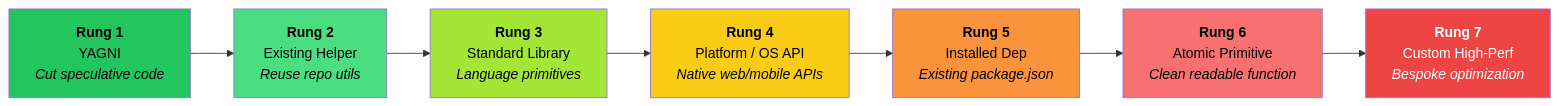
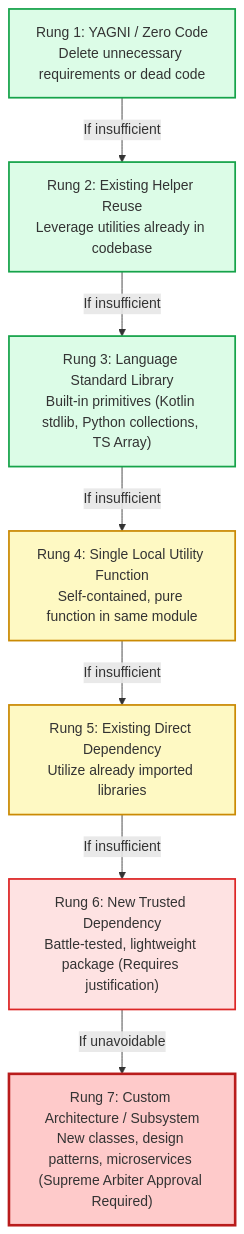
The fourth of 5 diagrams in README.md (sherifrad/multi-agent-collaborative-audit), drawn with Mermaid before and after one commit. The commit also changed other lines of this file and 24 other files, not shown here.

First line of the commit message:
feat(release): upgrade README with visual architecture, sequential E2E oracle, and telemetry

````diff
--- a/README.md
+++ b/README.md
@@ -75,18 +185,25 @@
 ```mermaid
-flowchart LR
-    R1["<b>Rung 1</b><br/>YAGNI<br/><i>Cut speculative code</i>"] -->
-    R2["<b>Rung 2</b><br/>Existing Helper<br/><i>Reuse repo utils</i>"] -->
-    R3["<b>Rung 3</b><br/>Standard Library<br/><i>Language primitives</i>"] -->
-    R4["<b>Rung 4</b><br/>Platform / OS API<br/><i>Native web/mobile APIs</i>"] -->
-    R5["<b>Rung 5</b><br/>Installed Dep<br/><i>Existing package.json</i>"] -->
-    R6["<b>Rung 6</b><br/>Atomic Primitive<br/><i>Clean readable function</i>"] -->
-    R7["<b>Rung 7</b><br/>Custom High-Perf<br/><i>Bespoke optimization</i>"]
+flowchart TD
+    R1["Rung 1: YAGNI / Zero Code<br/>Delete unnecessary requirements or dead code"]
+    R2["Rung 2: Existing Helper Reuse<br/>Leverage utilities already in codebase"]
+    R3["Rung 3: Language Standard Library<br/>Built-in primitives (Kotlin stdlib, Python collections, TS Array)"]
+    R4["Rung 4: Single Local Utility Function<br/>Self-contained, pure function in same module"]
+    R5["Rung 5: Existing Direct Dependency<br/>Utilize already imported libraries"]
+    R6["Rung 6: New Trusted Dependency<br/>Battle-tested, lightweight package (Requires justification)"]
+    R7["Rung 7: Custom Architecture / Subsystem<br/>New classes, design patterns, microservices (Supreme Arbiter Approval Required)"]
 
-    style R1 fill:#22c55e,color:#000
-    style R2 fill:#4ade80,color:#000
-    style R3 fill:#a3e635,color:#000
-    style R4 fill:#facc15,color:#000
-    style R5 fill:#fb923c,color:#000
-    style R6 fill:#f87171,color:#000
-    style R7 fill:#ef4444,color:#fff
+    R1 -->|If insufficient| R2
+    R2 -->|If insufficient| R3
+    R3 -->|If insufficient| R4
+    R4 -->|If insufficient| R5
+    R5 -->|If insufficient| R6
+    R6 -->|If unavoidable| R7
+
+    style R1 fill:#dcfce7,stroke:#16a34a,stroke-width:2px
+    style R2 fill:#dcfce7,stroke:#16a34a,stroke-width:2px
+    style R3 fill:#dcfce7,stroke:#16a34a,stroke-width:2px
+    style R4 fill:#fef9c3,stroke:#ca8a04,stroke-width:2px
+    style R5 fill:#fef9c3,stroke:#ca8a04,stroke-width:2px
+    style R6 fill:#fee2e2,stroke:#dc2626,stroke-width:2px
+    style R7 fill:#fecaca,stroke:#b91c1c,stroke-width:3px
 ```
````
